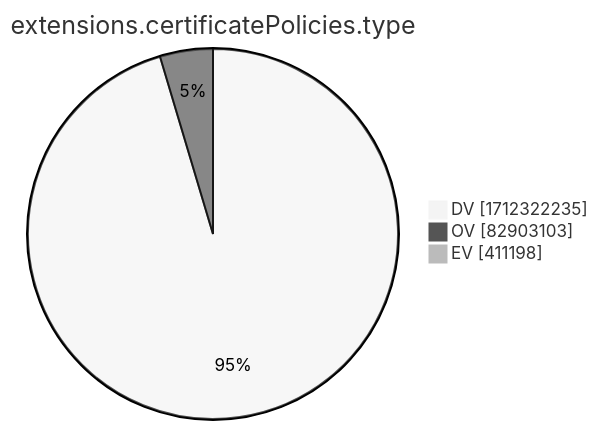
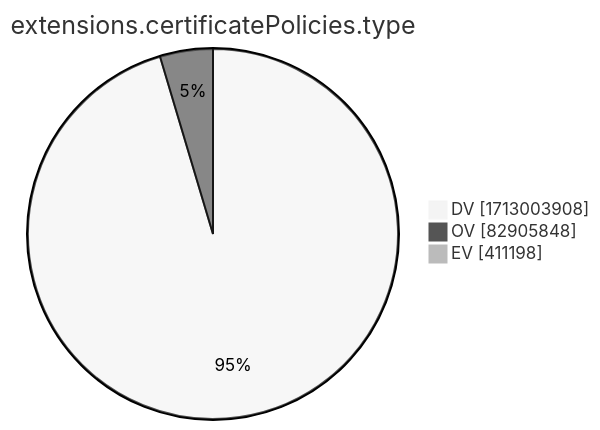
The tenth of 15 diagrams in xenon2022/README.md (christiankrug/ctmonitor_visualization), drawn with Mermaid (neutral theme) before and after one commit. The commit also changed other lines of this file, not shown here.

````diff
--- a/xenon2022/README.md
+++ b/xenon2022/README.md
@@ -2881,7 +2881,7 @@
 ```mermaid
 pie showData
 title extensions.certificatePolicies.type
-"DV" :1712322235
-"OV" :82903103
+"DV" :1713003908
+"OV" :82905848
 "EV" :411198
 ```
````
